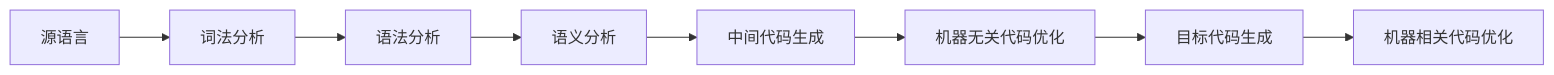
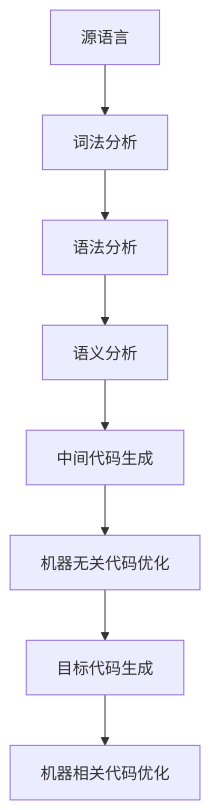
One commit to yaxingson/compiler-from-scratch changed the second of 2 diagrams in README.zh-CN.md. Above: the diagram before and after it, drawn with Mermaid.

````diff
--- a/README.zh-CN.md
+++ b/README.zh-CN.md
@@ -30,11 +30,11 @@
 ```mermaid
-flowchart LR
+flowchart TB
   源语言 --> 词法分析
   词法分析 --> 语法分析
   语法分析 --> 语义分析
   语义分析 --> 中间代码生成
   中间代码生成 --> 机器无关代码优化
   机器无关代码优化 --> 目标代码生成
   目标代码生成 --> 机器相关代码优化
  
 ```
````
